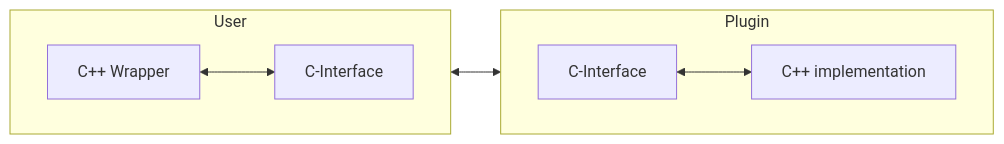
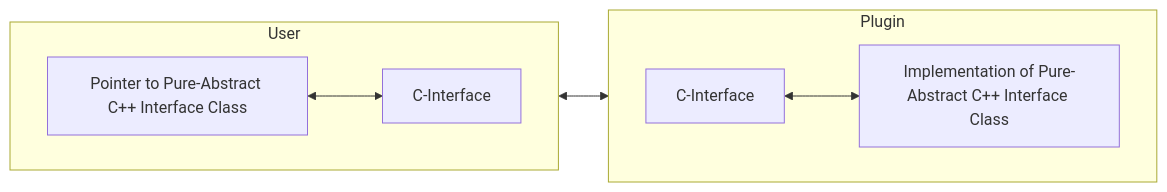
One commit to stiffsen/CppPluginInterfaceTest changed the diagram in README.md. Above: the diagram before and after it, drawn with Mermaid. The commit also changed other lines of this file and 12 other files, not shown here.

Commit message:
Converted to PureVirtual Interface approach because it is simpler and not as verbose

````diff
--- a/README.md
+++ b/README.md
@@ -5,12 +5,12 @@
 ```mermaid
 graph LR
   subgraph User
     direction LR
-    A[C++ Wrapper]<-->B[C-Interface]
+    A[Pointer to Pure-Abstract C++ Interface Class]<-->B[C-Interface]
   end
   subgraph Plugin
     direction LR
-    C[C-Interface]<-->D[C++ implementation]
+    C[C-Interface]<-->D[Implementation of Pure-Abstract C++ Interface Class]
   end
   B <--> C
 ```
````
